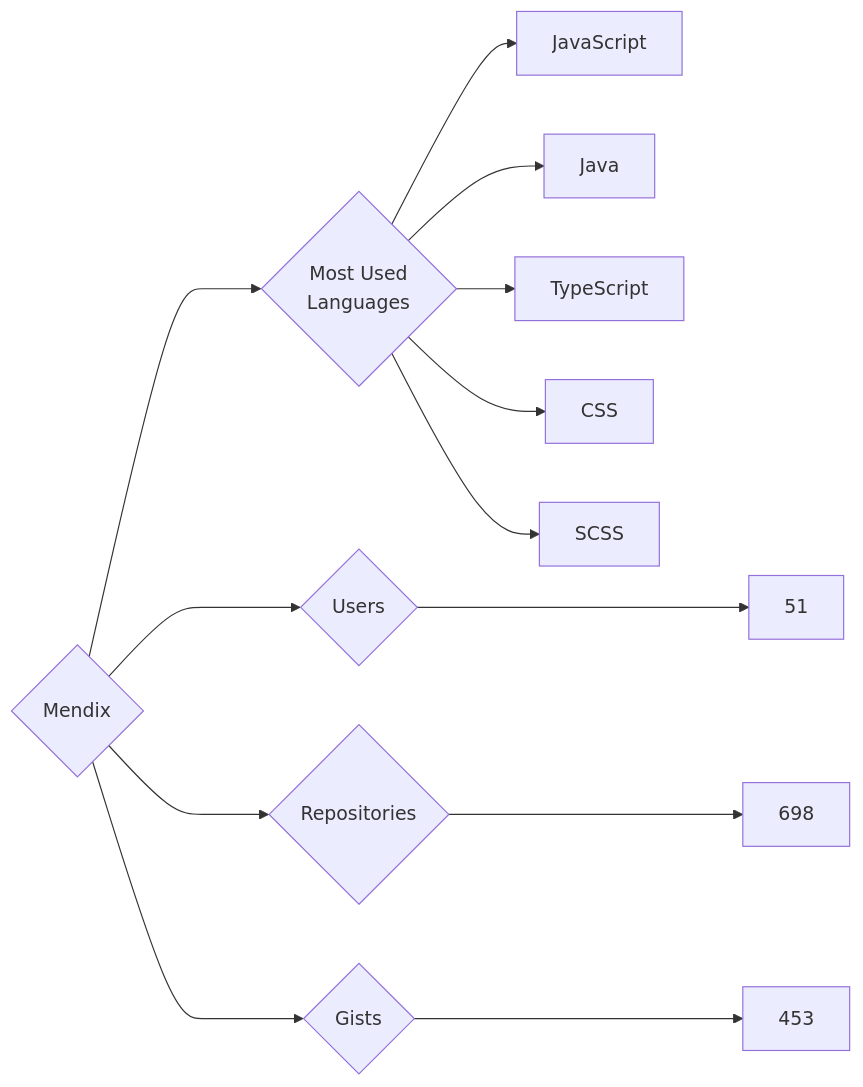
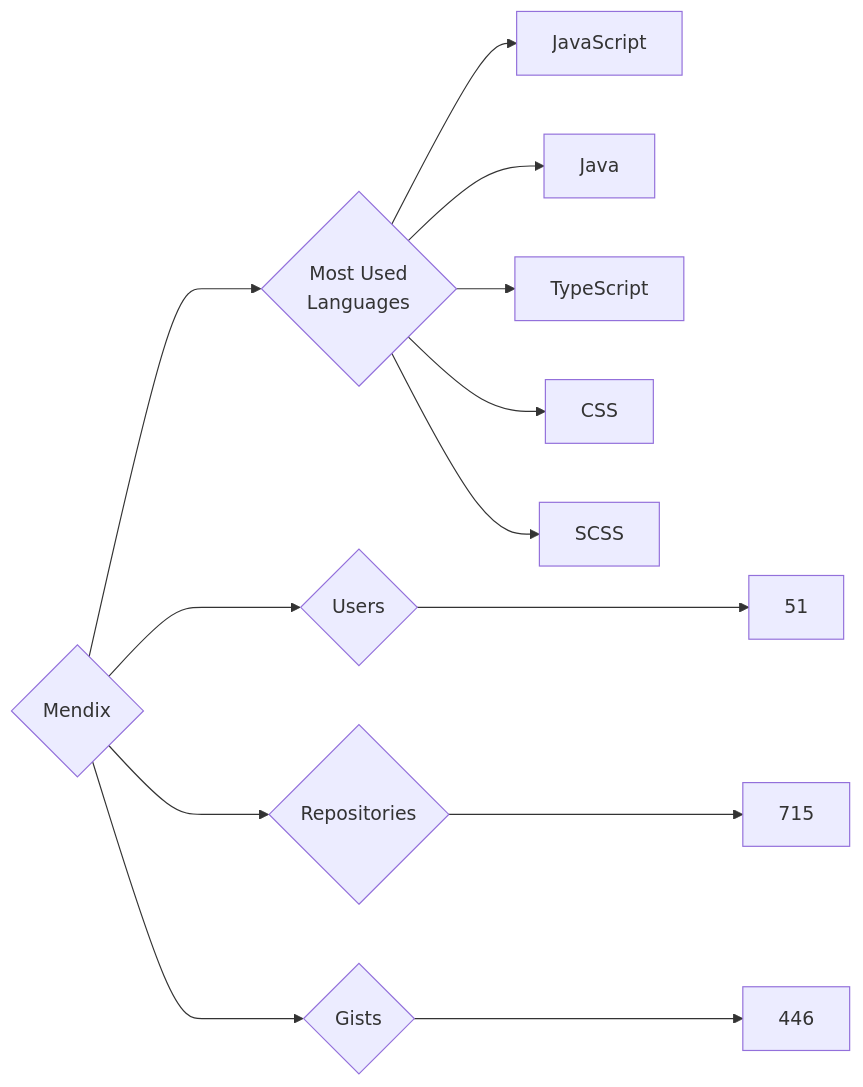
Before and after one commit to trickest/insiders: the diagram in targets/Mendix/README.md, drawn with Mermaid. The commit also changed 964 other files, not shown here.

````diff
--- a/targets/Mendix/README.md
+++ b/targets/Mendix/README.md
@@ -3,13 +3,13 @@
 ```mermaid
 graph LR
 COMPANY_NAME{Mendix}
 COMPANY_NAME ---> U{Users} ---> UN[51]
-COMPANY_NAME ---> R{Repositories} ---> RN[698]
-COMPANY_NAME ---> G{Gists} ---> GN[453]
+COMPANY_NAME ---> R{Repositories} ---> RN[715]
+COMPANY_NAME ---> G{Gists} ---> GN[446]
 COMPANY_NAME ---> ML{Most Used<br>Languages}
 ML --> JavaScript[JavaScript]
 ML --> Java[Java]
 ML --> TypeScript[TypeScript]
 ML --> CSS[CSS]
 ML --> SCSS[SCSS]
 ```
````
